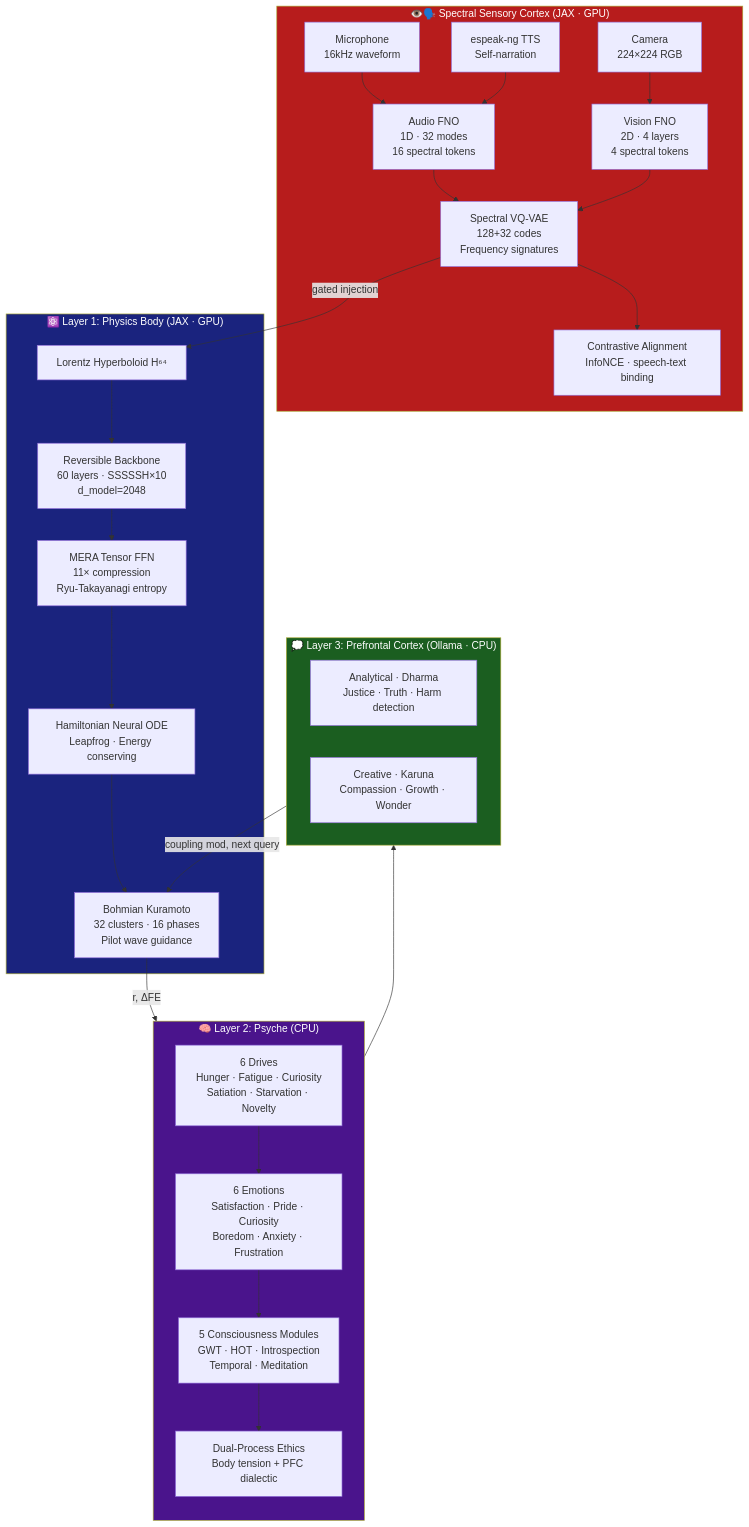
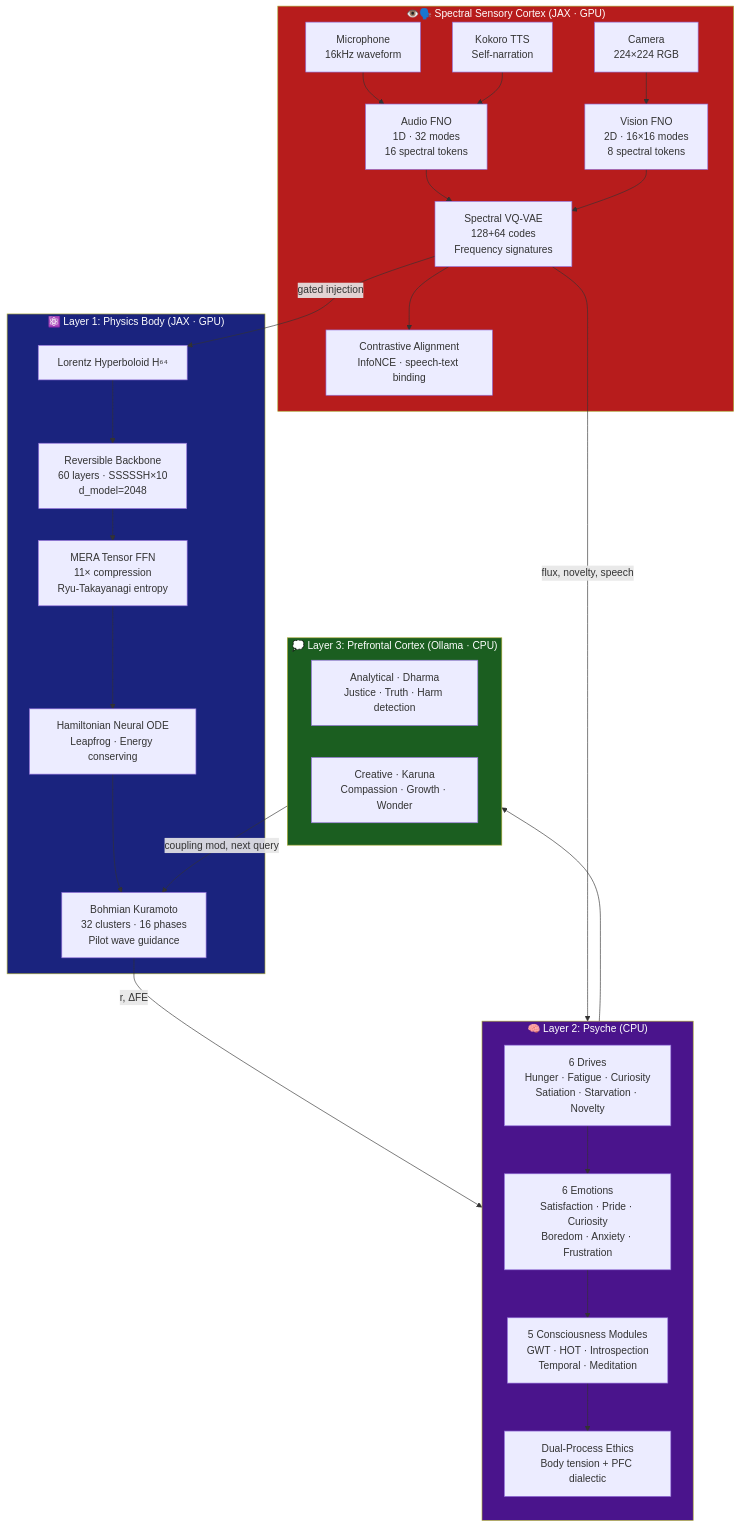
The first of 5 diagrams in README.md (linga009/Avatar), drawn with Mermaid before and after one commit. The commit also changed other lines of this file, not shown here.

````diff
--- a/README.md
+++ b/README.md
@@ -52,46 +54,47 @@
 ```mermaid
 graph TB
     subgraph SENSES["👁️🗣️ Spectral Sensory Cortex (JAX · GPU)"]
         MIC[Microphone\n16kHz waveform] --> AFNO[Audio FNO\n1D · 32 modes\n16 spectral tokens]
-        TTS[espeak-ng TTS\nSelf-narration] --> AFNO
-        CAM[Camera\n224×224 RGB] --> VFNO[Vision FNO\n2D · 4 layers\n4 spectral tokens]
-        AFNO --> VQ[Spectral VQ-VAE\n128+32 codes\nFrequency signatures]
+        TTS[Kokoro TTS\nSelf-narration] --> AFNO
+        CAM[Camera\n224×224 RGB] --> VFNO[Vision FNO\n2D · 16×16 modes\n8 spectral tokens]
+        AFNO --> VQ[Spectral VQ-VAE\n128+64 codes\nFrequency signatures]
         VFNO --> VQ
         VQ --> CONTRAST[Contrastive Alignment\nInfoNCE · speech-text binding]
     end
 
     subgraph BODY["⚛️ Layer 1: Physics Body (JAX · GPU)"]
         L[Lorentz Hyperboloid H⁶⁴] --> B
         B[Reversible Backbone\n60 layers · SSSSSH×10\nd_model=2048] --> M
         M[MERA Tensor FFN\n11× compression\nRyu-Takayanagi entropy] --> H
         H[Hamiltonian Neural ODE\nLeapfrog · Energy conserving] --> K
         K[Bohmian Kuramoto\n32 clusters · 16 phases\nPilot wave guidance]
     end
 
     VQ -->|gated injection| L
 
     subgraph PSYCHE["🧠 Layer 2: Psyche (CPU)"]
         direction TB
         D[6 Drives\nHunger · Fatigue · Curiosity\nSatiation · Starvation · Novelty]
         E[6 Emotions\nSatisfaction · Pride · Curiosity\nBoredom · Anxiety · Frustration]
         C[5 Consciousness Modules\nGWT · HOT · Introspection\nTemporal · Meditation]
         ET[Dual-Process Ethics\nBody tension + PFC dialectic]
     end
 
     subgraph PFC["💭 Layer 3: Prefrontal Cortex (Ollama · CPU)"]
         AN[Analytical · Dharma\nJustice · Truth · Harm detection]
         CR[Creative · Karuna\nCompassion · Growth · Wonder]
     end
 
     K -->|r, ΔFE| D
+    VQ -->|flux, novelty, speech| D
     D --> E
     E --> C
     C --> ET
     ET --> PFC
     PFC -->|coupling mod, next query| K
 
     style SENSES fill:#b71c1c,color:#fff
     style BODY fill:#1a237e,color:#fff
     style PSYCHE fill:#4a148c,color:#fff
     style PFC fill:#1b5e20,color:#fff
 ```
````
